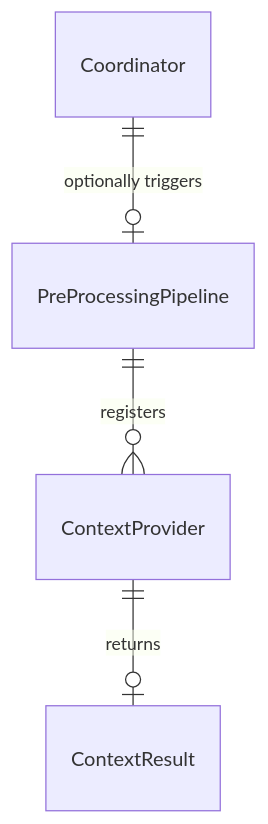
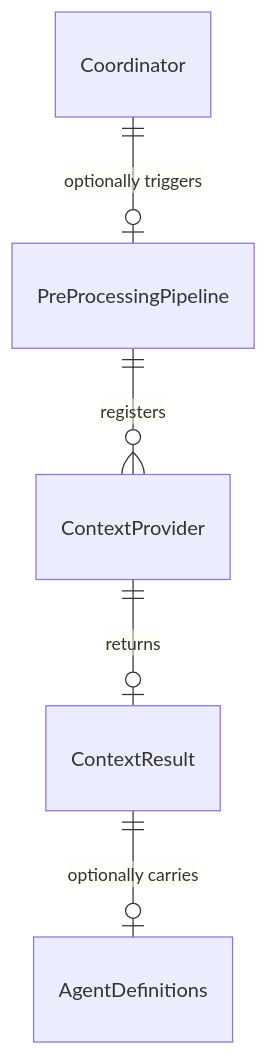
Before and after one commit to asermax/tachikoma: the second of 2 diagrams in docs/feature-designs/agent/pre-processing-pipeline.md, drawn with Mermaid. The commit also changed other lines of this file and 6 other files, not shown here.

````diff
--- a/docs/feature-designs/agent/pre-processing-pipeline.md
+++ b/docs/feature-designs/agent/pre-processing-pipeline.md
@@ -107,6 +108,7 @@
 ```mermaid
 erDiagram
     PreProcessingPipeline ||--o{ ContextProvider : "registers"
     ContextProvider ||--o| ContextResult : "returns"
+    ContextResult ||--o| AgentDefinitions : "optionally carries"
     Coordinator ||--o| PreProcessingPipeline : "optionally triggers"
 ```
````
